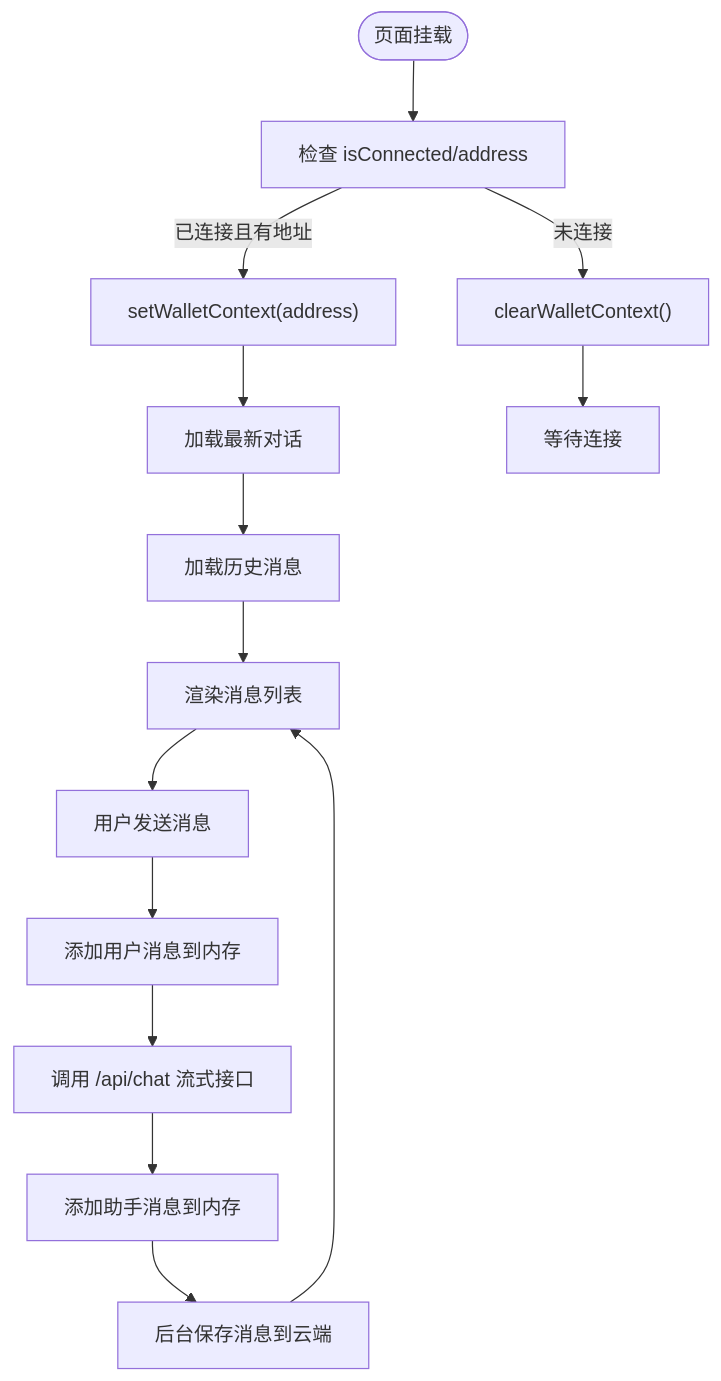
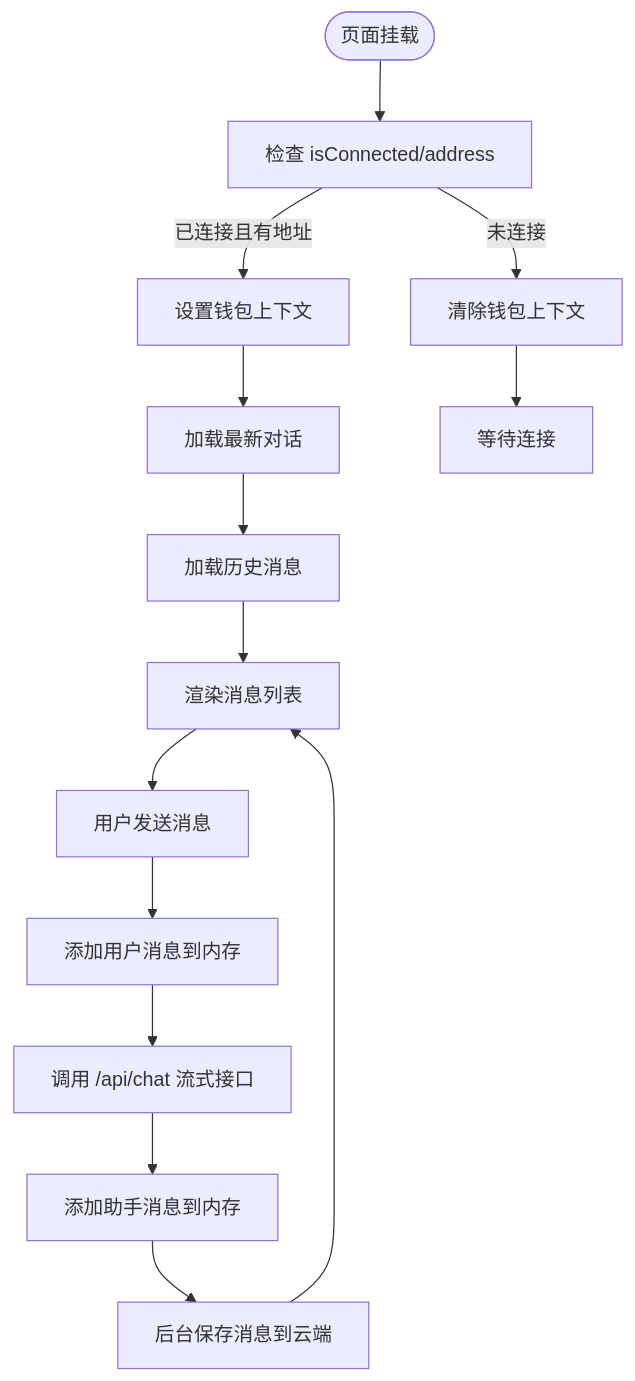
Before and after one commit to CryptoLinxu/Web3-AI-Agent: the sixth of 8 diagrams in .qoder/repowiki/zh/content/快速开始/钱包登录配置指南.md, drawn with Mermaid. The commit also changed other lines of this file and 2 other files, not shown here.

````diff
--- a/.qoder/repowiki/zh/content/快速开始/钱包登录配置指南.md
+++ b/.qoder/repowiki/zh/content/快速开始/钱包登录配置指南.md
@@ -225,16 +251,16 @@
 ```mermaid
 flowchart TD
 Start(["页面挂载"]) --> CheckConn["检查 isConnected/address"]
-CheckConn --> |已连接且有地址| SetContext["setWalletContext(address)"]
+CheckConn --> |已连接且有地址| SetContext["设置钱包上下文"]
 SetContext --> LoadConv["加载最新对话"]
 LoadConv --> LoadMsgs["加载历史消息"]
 LoadMsgs --> Render["渲染消息列表"]
-CheckConn --> |未连接| ClearContext["clearWalletContext()"]
+CheckConn --> |未连接| ClearContext["清除钱包上下文"]
 ClearContext --> Idle["等待连接"]
 Render --> SendMsg["用户发送消息"]
 SendMsg --> AddUserMsg["添加用户消息到内存"]
 AddUserMsg --> CallAPI["调用 /api/chat 流式接口"]
 CallAPI --> AddAssistMsg["添加助手消息到内存"]
 AddAssistMsg --> SaveCloud["后台保存消息到云端"]
 SaveCloud --> Render
 ```
````
